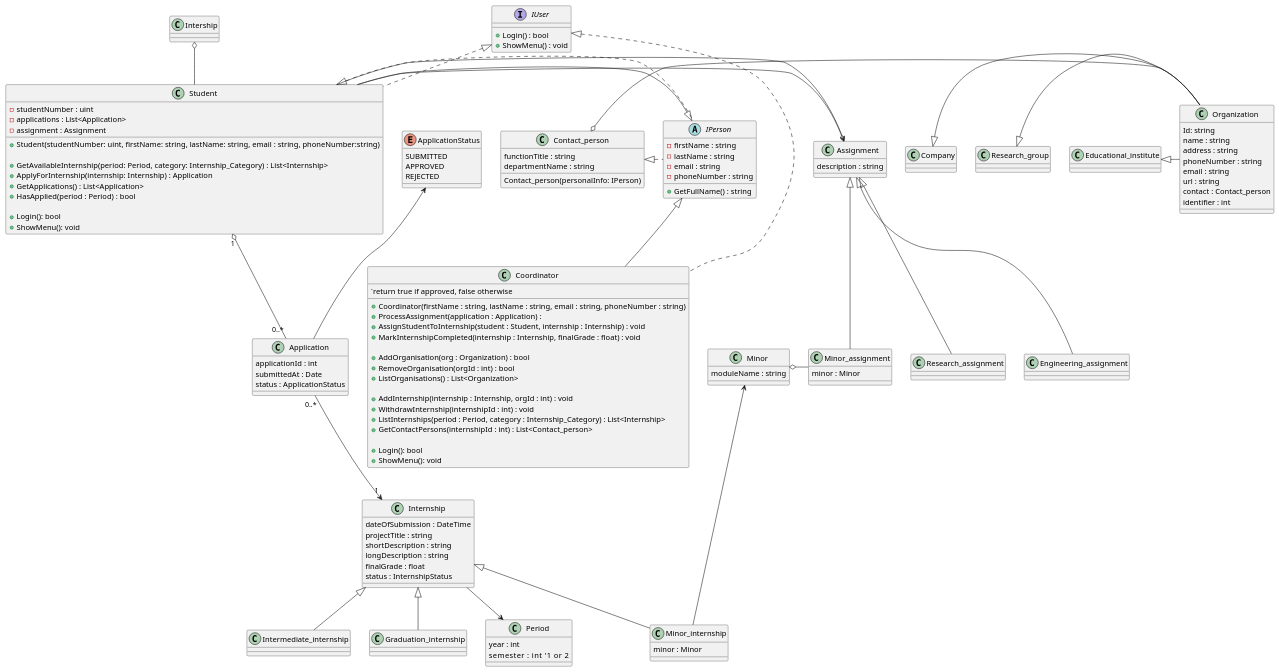
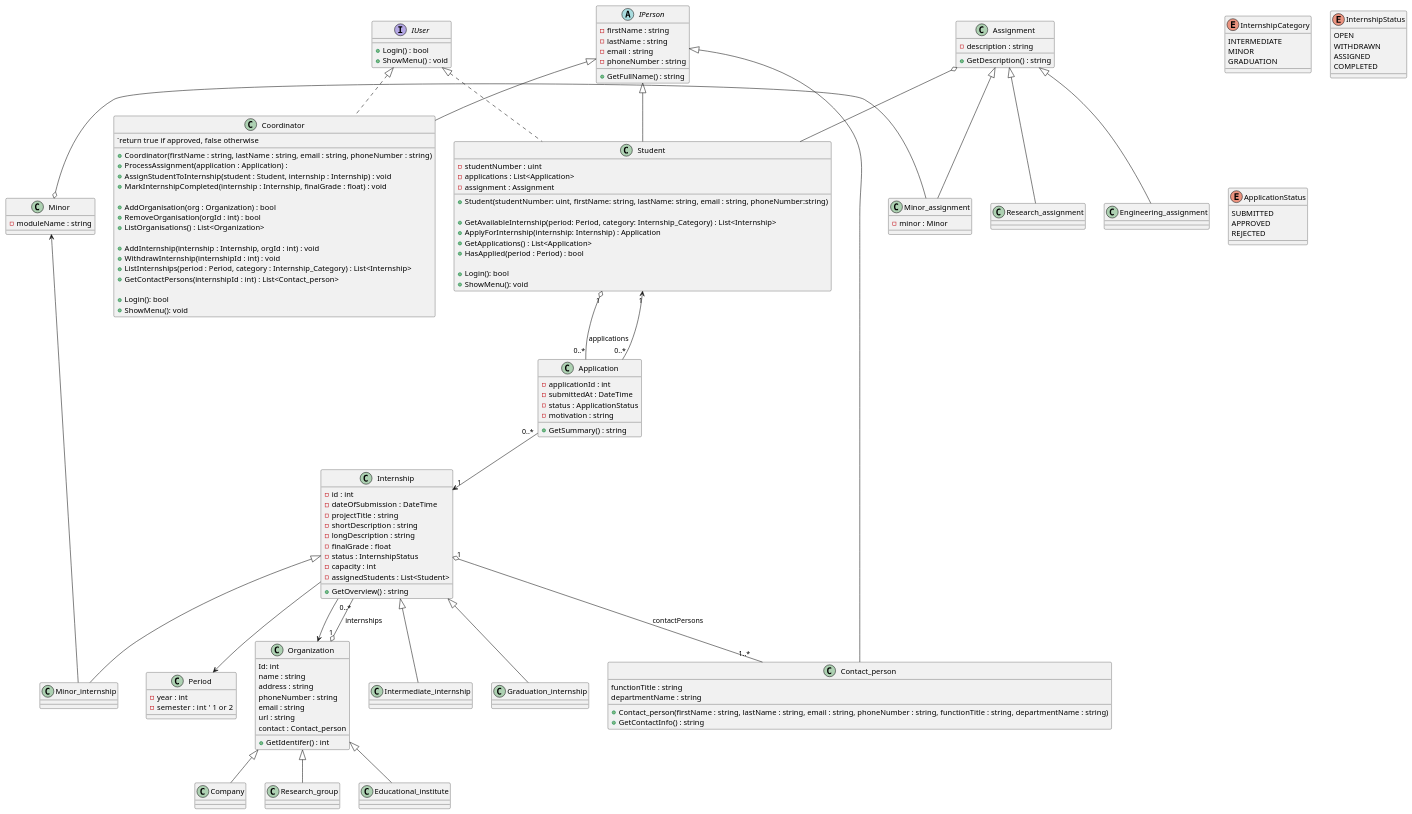
Before and after one commit to JoiningwithMattheus/Week1: the diagram in Week3/ClassDiagram.puml, drawn with PlantUML. The commit also changed 8 other files, not shown here.

Commit message:
Complete the remainings (internship, organization, assignment, minor)

```diff
--- a/Week3/ClassDiagram.puml
+++ b/Week3/ClassDiagram.puml
@@ -1,167 +1,176 @@
 @startuml SIS
 
 interface IUser{
     +Login() : bool
     +ShowMenu() : void
 }
 
 abstract class IPerson{
     -firstName : string
     -lastName : string
     -email : string
     -phoneNumber : string
     +GetFullName() : string
 }
 
 class Student {
     -studentNumber : uint
     -applications : List<Application>
     -assignment : Assignment
 
     +Student(studentNumber: uint, firstName: string, lastName: string, email : string, phoneNumber:string)
 
     +GetAvailableInternship(period: Period, category: Internship_Category) : List<Internship>
     +ApplyForInternship(internship: Internship) : Application
     +GetApplications() : List<Application>
     +HasApplied(period : Period) : bool
 
     +Login(): bool
     +ShowMenu(): void
 }
 
 class Coordinator {
     +Coordinator(firstName : string, lastName : string, email : string, phoneNumber : string)
 
     `return true if approved, false otherwise
     +ProcessAssignment(application : Application) : 
     +AssignStudentToInternship(student : Student, internship : Internship) : void
     +MarkInternshipCompleted(internship : Internship, finalGrade : float) : void
 
     +AddOrganisation(org : Organization) : bool
     +RemoveOrganisation(orgId : int) : bool
     +ListOrganisations() : List<Organization>
 
     +AddInternship(internship : Internship, orgId : int) : void
     +WithdrawInternship(internshipId : int) : void
     +ListInternships(period : Period, category : Internship_Category) : List<Internship>
     +GetContactPersons(internshipId : int) : List<Contact_person>
 
     +Login(): bool
     +ShowMenu(): void
 }
 
 IUser <|.. Student
 IUser <|.. Coordinator
 
 IPerson <|-- Student
 IPerson <|-- Coordinator
 
 
 class Organization {
-    Id: string
+    Id: int
     name : string
     address : string
     phoneNumber : string
     email : string
     url : string
     contact : Contact_person
-    identifier : int
+    +GetIdentifer() : int
 }
 
 class Contact_person {
-    Contact_person(personalInfo: IPerson)
     functionTitle : string
     departmentName : string
+    + Contact_person(firstName : string, lastName : string, email : string, phoneNumber : string, functionTitle : string, departmentName : string)
+    + GetContactInfo() : string
 }
 
-class Company {
+IPerson <|-- Contact_person
 
-}
-Company <|- Organization
+class Company
+class Research_group
+class Educational_institute
 
-class Research_group{
-
-}
-Research_group <|- Organization
-
-class Educational_institute{
-
-}
-Educational_institute <|- Organization
+Organization <|-- Company
+Organization <|-- Research_group
+Organization <|-- Educational_institute
 
 class Period {
-    year : int
-    semester : int     '1 or 2
+    - year : int
+    - semester : int  ' 1 or 2
+}
+
+enum InternshipCategory {
+    INTERMEDIATE
+    MINOR
+    GRADUATION
 }
 
 class Internship {
-    dateOfSubmission : DateTime
-    projectTitle : string
-    shortDescription : string
-    longDescription : string
-    finalGrade : float
-    status : InternshipStatus
+    - id : int
+    - dateOfSubmission : DateTime
+    - projectTitle : string
+    - shortDescription : string
+    - longDescription : string
+    - finalGrade : float
+    - status : InternshipStatus
+    - capacity : int      
+    - assignedStudents : List<Student>
+
+    + GetOverview() : string
+}
+
+enum InternshipStatus {
+    OPEN
+    WITHDRAWN
+    ASSIGNED
+    COMPLETED
 }
 
 Internship --> Period
+Internship --> Organization
 
-class Intermediate_internship
+Internship "1" o-- "1..*" Contact_person : contactPersons
 
-class Minor_internship {
-    minor : Minor
-}
-
-class Graduation_internship
-
-Internship <|-- Intermediate_internship
-Internship <|-- Minor_internship
-Internship <|-- Graduation_internship
-
-class Assignment {
-    description : string
-}
-Assignment o- Student
-
-class Research_assignment
-class Minor_assignment {
-    minor : Minor
-}
-
-class Engineering_assignment
-
-Assignment <|-- Research_assignment
-Assignment <|-- Minor_assignment
-Assignment <|-- Engineering_assignment
-
-Student <|. IPerson
-
-Contact_person <|. IPerson
-Contact_person o- Organization
-
-class Minor {
-    moduleName : string
-}
-Minor <-- Minor_internship
-Minor o- Minor_assignment
+Organization "1" o-- "0..*" Internship : internships
 
 class Application {
-    applicationId : int
-    submittedAt : Date
-    status : ApplicationStatus
+    - applicationId : int
+    - submittedAt : DateTime
+    - status : ApplicationStatus
+    - motivation : string
+
+    + GetSummary() : string
 }
 
 enum ApplicationStatus {
     SUBMITTED
     APPROVED
     REJECTED
 }
 
-ApplicationStatus <-- Application
+Student "1" o-- "0..*" Application : applications
+Application "0..*" --> "1" Internship
+Application "0..*" --> "1" Student
 
-Student "1" o-- "0..*" Application
-Application "0..*" --> "1" Internship
+class Assignment {
+    - description : string
+    + GetDescription() : string
+}
+Assignment o-- Student
 
-Intership o-- Student
-Student --> Assignment
+class Research_assignment
+class Minor_assignment {
+    - minor : Minor
+}
+class Engineering_assignment
+
+Assignment <|-- Research_assignment
+Assignment <|-- Minor_assignment
+Assignment <|-- Engineering_assignment
+
+class Minor {
+    - moduleName : string
+}
+Minor <-- Minor_internship
+Minor o- Minor_assignment
+
+class Intermediate_internship
+class Minor_internship
+class Graduation_internship
+
+Internship <|-- Intermediate_internship
+Internship <|-- Minor_internship
+Internship <|-- Graduation_internship
 
 @enduml
```
